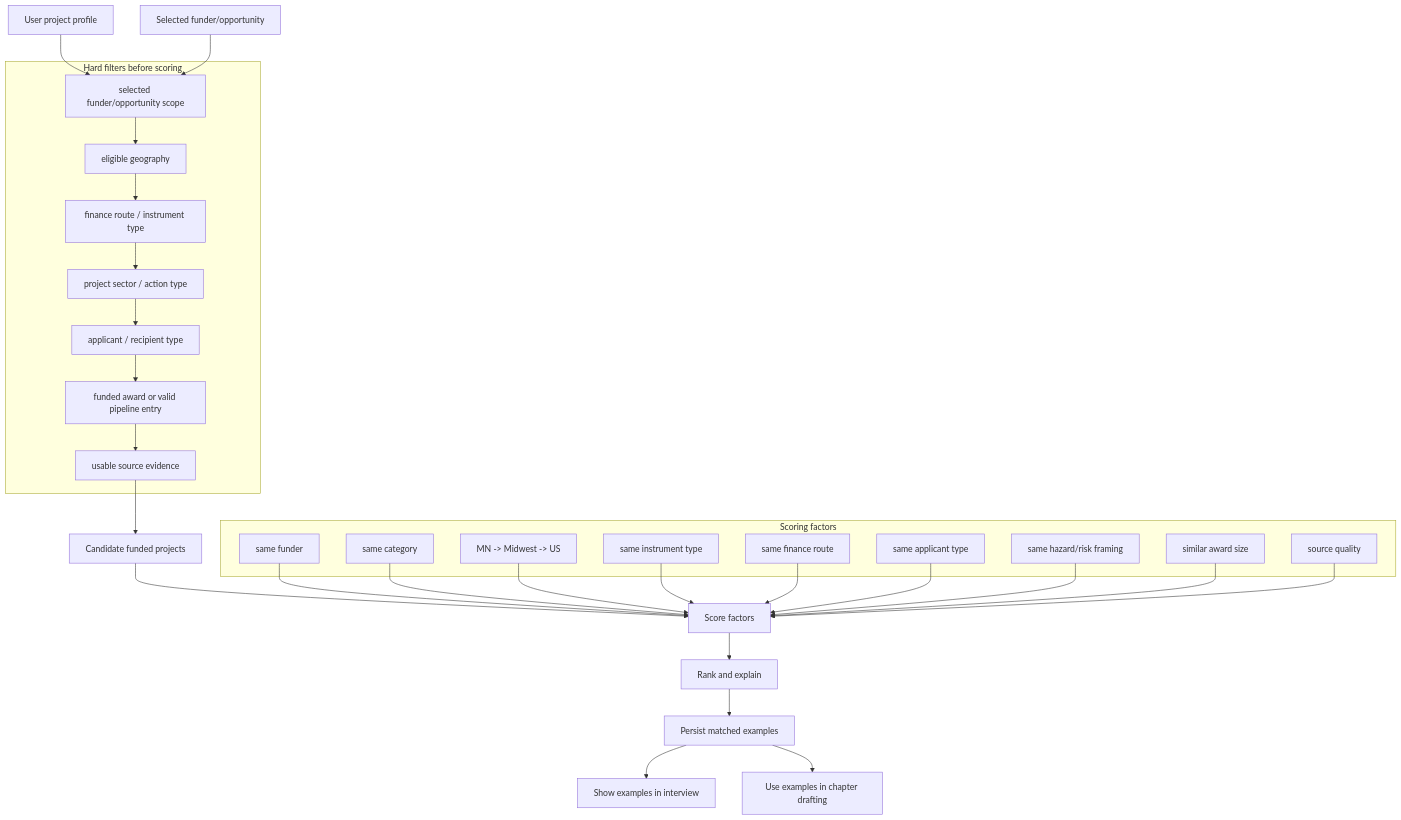
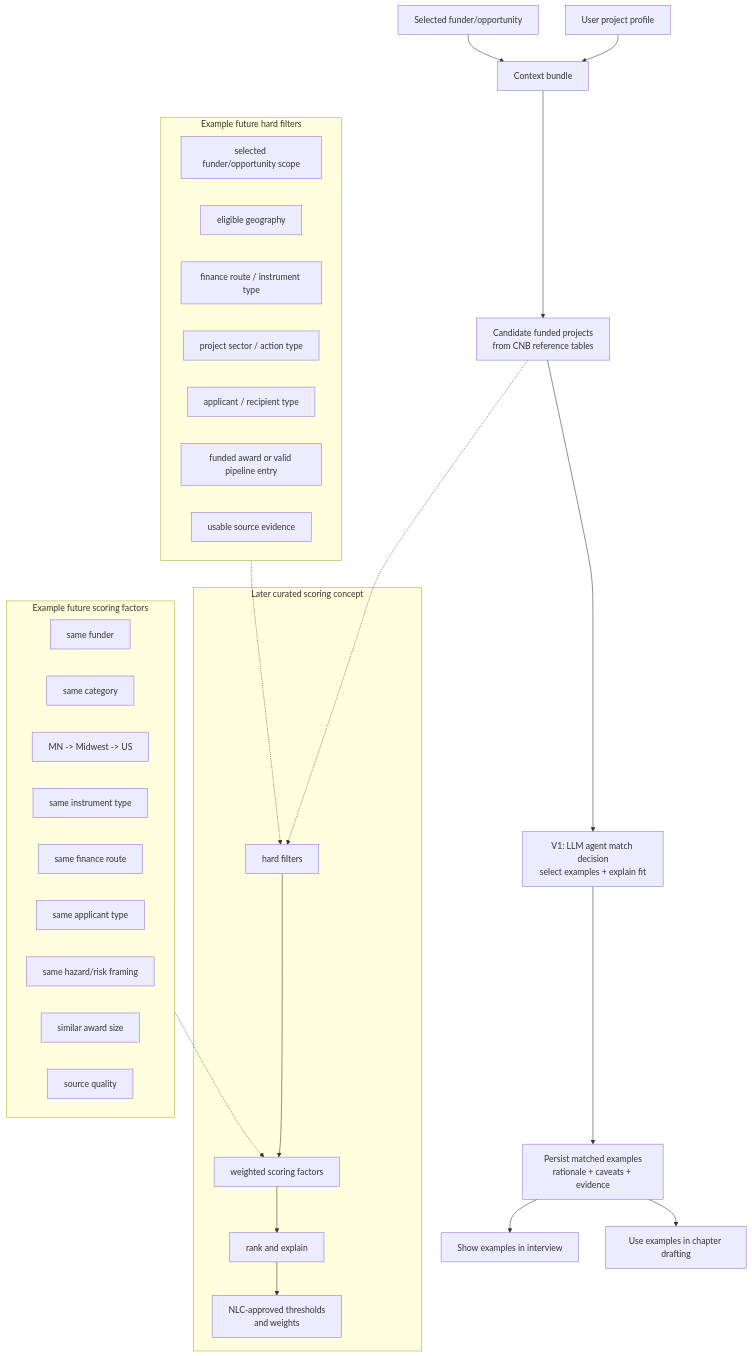
The eighth of 14 diagrams in docs/ConceptNoteBuilderArchitecture.md (Open-Earth-Foundation/CityCatalyst), drawn with Mermaid before and after one commit. The commit also changed other lines of this file, not shown here.

Commit message:
docs: frame similar project matching as LLM decision

````diff
--- a/docs/ConceptNoteBuilderArchitecture.md
+++ b/docs/ConceptNoteBuilderArchitecture.md
@@ -631,50 +635,44 @@
 ```mermaid
 flowchart TB
-    Project["User project profile"] --> ProgramGate
-    Funder["Selected funder/opportunity"] --> ProgramGate
+    Project["User project profile"] --> Bundle["Context bundle"]
+    Funder["Selected funder/opportunity"] --> Bundle
+    Bundle --> CandidateSet["Candidate funded projects<br/>from CNB reference tables"]
+    CandidateSet --> AgentDecision["V1: LLM agent match decision<br/>select examples + explain fit"]
+    AgentDecision --> StoreMatch["Persist matched examples<br/>rationale + caveats + evidence"]
+    StoreMatch --> UI["Show examples in interview"]
+    StoreMatch --> Draft["Use examples in chapter drafting"]
 
-    subgraph HardFilters["Hard filters before scoring"]
+    CandidateSet -.-> FutureFilters
+
+    subgraph FutureScoring["Later curated scoring concept"]
+        FutureFilters["hard filters"]
+        FutureFilters --> Score["weighted scoring factors"]
+        Score --> Rank["rank and explain"]
+        Rank --> Calibration["NLC-approved thresholds<br/>and weights"]
+    end
+
+    subgraph FilterExamples["Example future hard filters"]
         ProgramGate["selected funder/opportunity scope"]
         GeographyGate["eligible geography"]
         InstrumentGate["finance route / instrument type"]
         CategoryGate["project sector / action type"]
         ApplicantGate["applicant / recipient type"]
         StatusGate["funded award or valid pipeline entry"]
         EvidenceGate["usable source evidence"]
     end
 
-    ProgramGate --> GeographyGate
-    GeographyGate --> InstrumentGate
-    InstrumentGate --> CategoryGate
-    CategoryGate --> ApplicantGate
-    ApplicantGate --> StatusGate
-    StatusGate --> EvidenceGate
-    EvidenceGate --> CandidateSet["Candidate funded projects"]
-    CandidateSet --> Score["Score factors"]
-    Score --> Rank["Rank and explain"]
-    Rank --> StoreMatch["Persist matched examples"]
-    StoreMatch --> UI["Show examples in interview"]
-    StoreMatch --> Draft["Use examples in chapter drafting"]
-
-    subgraph Factors["Scoring factors"]
+    subgraph FactorExamples["Example future scoring factors"]
         SameFunder["same funder"]
         Category["same category"]
         Region["MN -> Midwest -> US"]
         Instrument["same instrument type"]
         Route["same finance route"]
         Applicant["same applicant type"]
         Hazards["same hazard/risk framing"]
         AwardSize["similar award size"]
         Evidence["source quality"]
     end
 
-    SameFunder --> Score
-    Category --> Score
-    Region --> Score
-    Instrument --> Score
-    Route --> Score
-    Applicant --> Score
-    Hazards --> Score
-    AwardSize --> Score
-    Evidence --> Score
+    FilterExamples -.-> FutureFilters
+    FactorExamples -.-> Score
 ```
````
